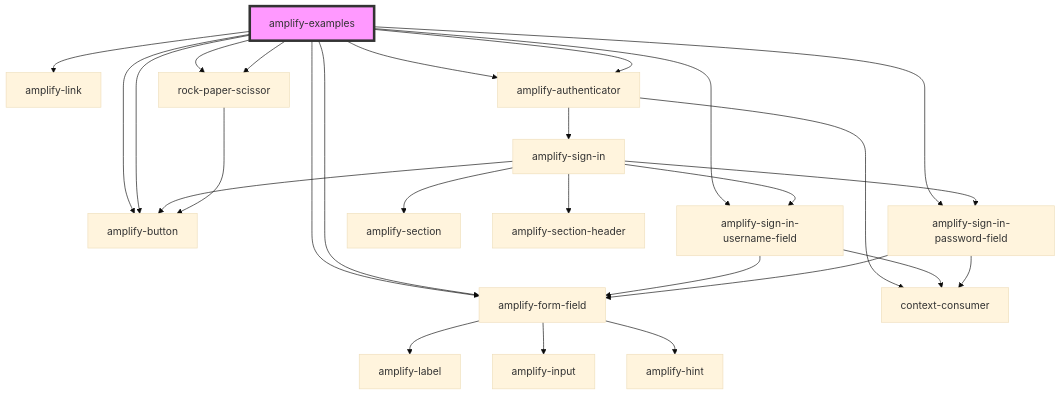
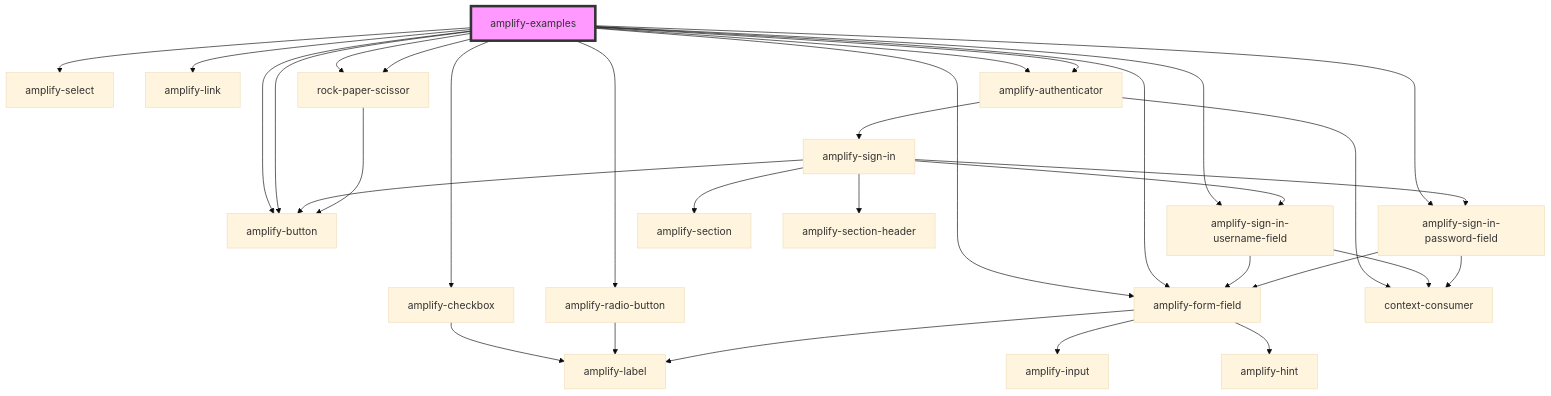
One commit to OneDev0411/amplify-js changed the diagram in packages/amplify-ui-components/src/components/amplify-examples/readme.md. Above: the diagram before and after it, drawn with Mermaid (base theme). The commit also changed other lines of this file and 4 other files, not shown here.

````diff
--- a/packages/amplify-ui-components/src/components/amplify-examples/readme.md
+++ b/packages/amplify-ui-components/src/components/amplify-examples/readme.md
@@ -25,30 +28,35 @@
 ```mermaid
 graph TD;
+  amplify-examples --> amplify-checkbox
+  amplify-examples --> amplify-radio-button
   amplify-examples --> amplify-form-field
   amplify-examples --> amplify-form-field
+  amplify-examples --> amplify-select
   amplify-examples --> amplify-button
   amplify-examples --> amplify-link
   amplify-examples --> amplify-authenticator
   amplify-examples --> amplify-sign-in-username-field
   amplify-examples --> amplify-sign-in-password-field
   amplify-examples --> amplify-button
   amplify-examples --> amplify-authenticator
   amplify-examples --> rock-paper-scissor
   amplify-examples --> rock-paper-scissor
+  amplify-checkbox --> amplify-label
+  amplify-radio-button --> amplify-label
   amplify-form-field --> amplify-label
   amplify-form-field --> amplify-input
   amplify-form-field --> amplify-hint
   amplify-authenticator --> amplify-sign-in
   amplify-authenticator --> context-consumer
   amplify-sign-in --> amplify-section
   amplify-sign-in --> amplify-section-header
   amplify-sign-in --> amplify-sign-in-username-field
   amplify-sign-in --> amplify-sign-in-password-field
   amplify-sign-in --> amplify-button
   amplify-sign-in-username-field --> amplify-form-field
   amplify-sign-in-username-field --> context-consumer
   amplify-sign-in-password-field --> amplify-form-field
   amplify-sign-in-password-field --> context-consumer
   rock-paper-scissor --> amplify-button
   style amplify-examples fill:#f9f,stroke:#333,stroke-width:4px
 ```
````
